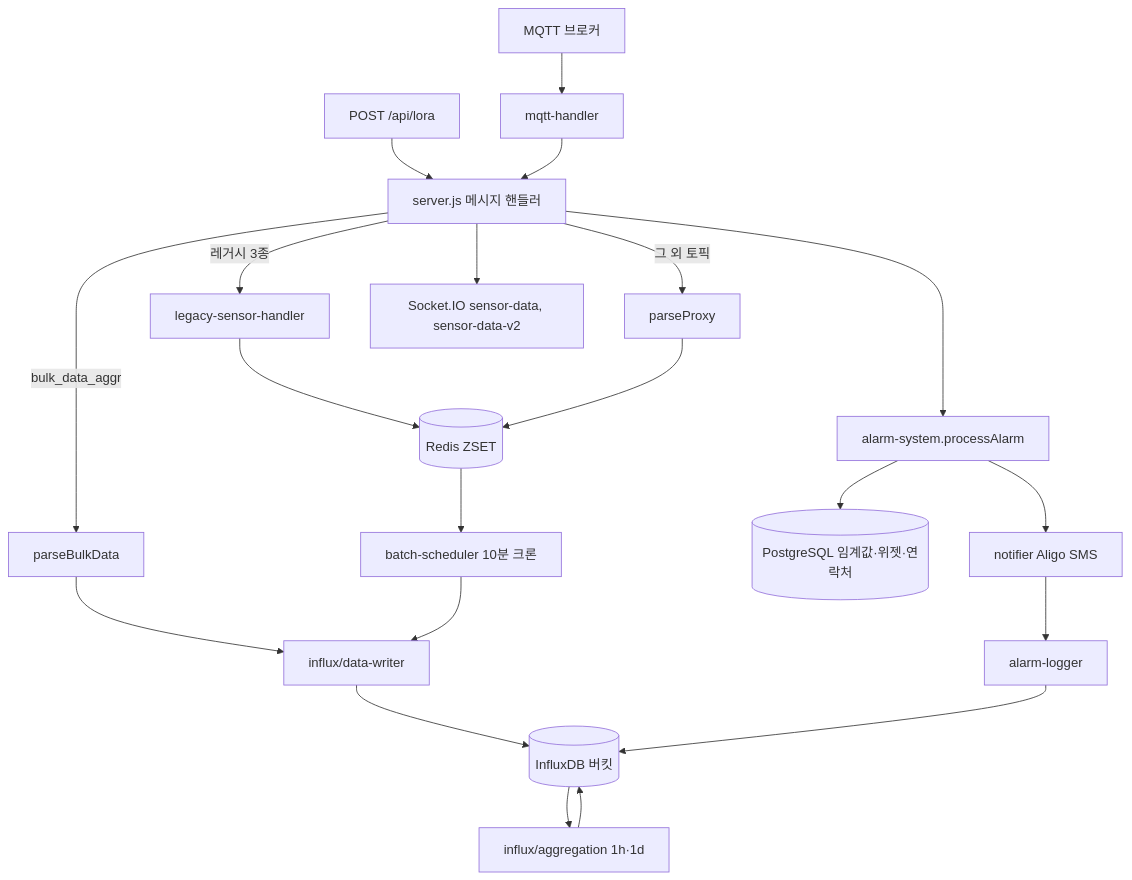
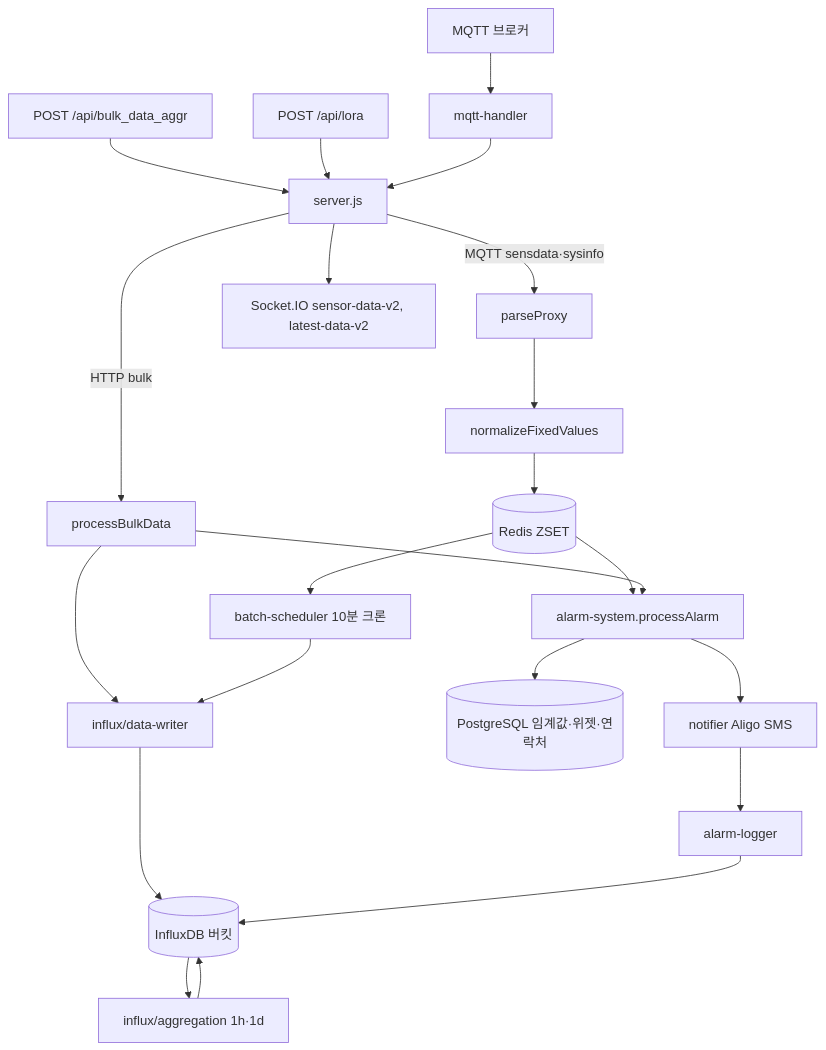
The first of 3 diagrams in server/수집-서버.md (inbm-company/geoverse--), drawn with Mermaid before and after one commit. The commit also changed other lines of this file, not shown here.

````diff
--- a/server/수집-서버.md
+++ b/server/수집-서버.md
@@ -11,26 +13,27 @@
 ```mermaid
 flowchart TB
     MQTT["MQTT 브로커"] --> MH["mqtt-handler"]
-    HTTP["POST /api/lora"] --> SRV
-    MH --> SRV["server.js 메시지 핸들러"]
+    HTTP_BULK["POST /api/bulk_data_aggr"] --> SRV
+    HTTP_LORA["POST /api/lora"] --> SRV
+    MH --> SRV["server.js"]
 
-    SRV -->|레거시 3종| LH[legacy-sensor-handler]
-    SRV -->|bulk_data_aggr| PB[parseBulkData]
-    SRV -->|그 외 토픽| PP[parseProxy]
+    SRV -->|MQTT sensdata·sysinfo| PP[parseProxy]
+    SRV -->|HTTP bulk| PB[processBulkData]
 
-    LH --> RD[(Redis ZSET)]
-    PP --> RD
+    PP --> FIX[normalizeFixedValues]
+    FIX --> RD[(Redis ZSET)]
     PB --> IW[influx/data-writer]
 
     RD --> BS[batch-scheduler 10분 크론] --> IW
     IW --> INF[(InfluxDB 버킷)]
     INF --> AGG[influx/aggregation 1h·1d]
     AGG --> INF
 
-    SRV --> AL[alarm-system.processAlarm]
+    RD --> AL[alarm-system.processAlarm]
+    PB --> AL
     AL --> PG[(PostgreSQL 임계값·위젯·연락처)]
     AL --> NT[notifier Aligo SMS]
     NT --> LOG[alarm-logger] --> INF
 
-    SRV --> WS["Socket.IO sensor-data, sensor-data-v2"]
+    SRV --> WS["Socket.IO sensor-data-v2, latest-data-v2"]
 ```
````
